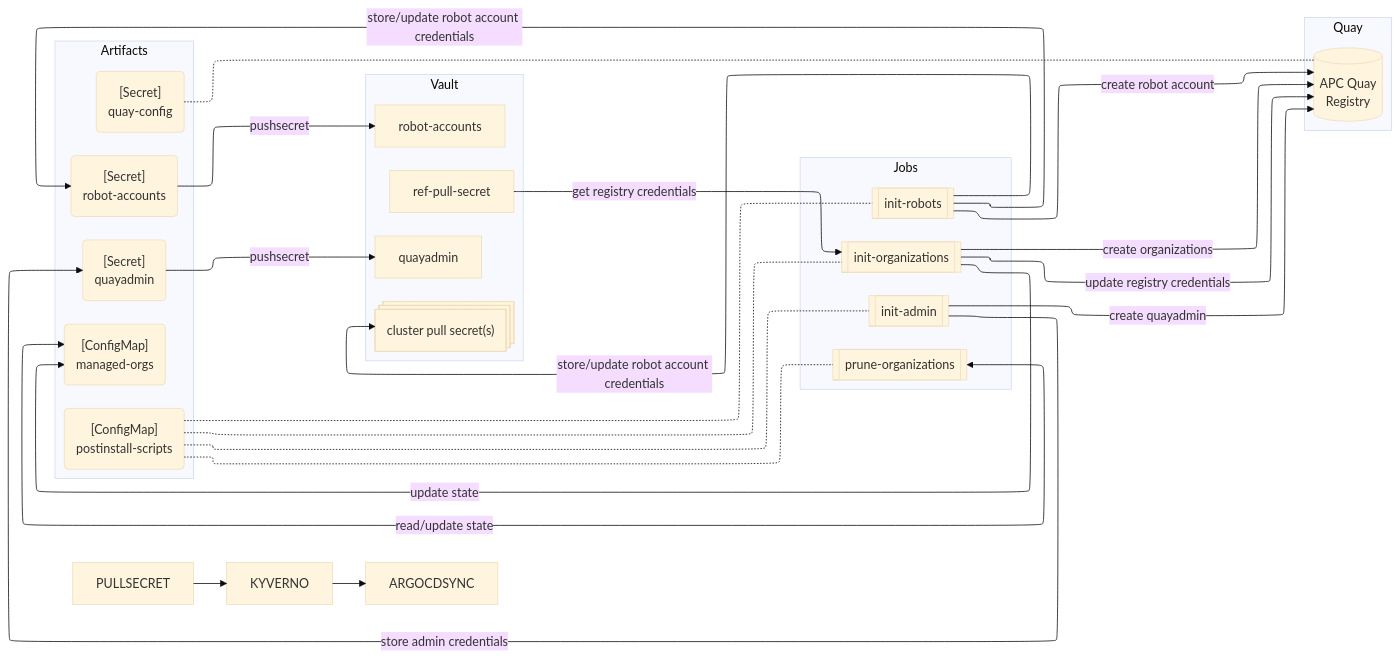
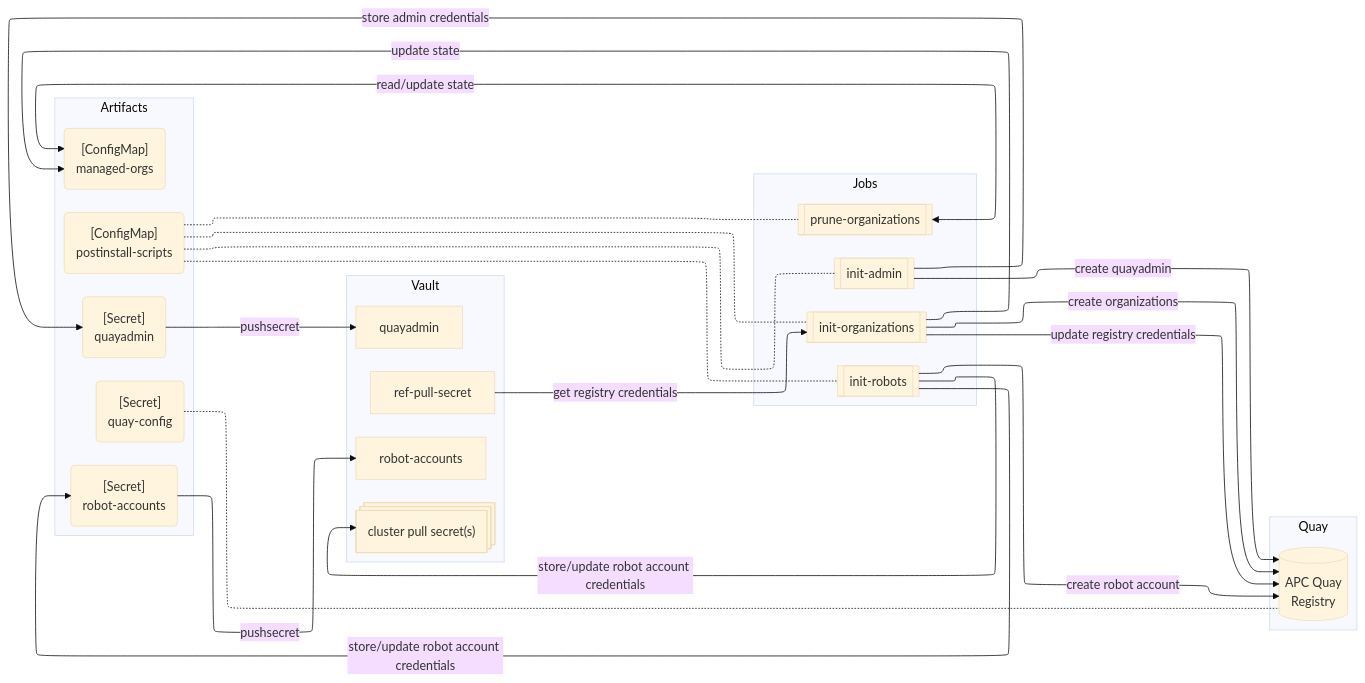
Before and after one commit to gr8it/charts-openshift: the diagram in charts/quay-config/README.md, drawn with Mermaid. The commit also changed other lines of this file, not shown here.

````diff
--- a/charts/quay-config/README.md
+++ b/charts/quay-config/README.md
@@ -5,59 +5,55 @@
 ```mermaid
 %%{init: {
-  'theme':'base',
+  "theme":"base",
   "flowchart": {"defaultRenderer": "elk"}
   }
 }%%
 
 flowchart LR
 
   subgraph 1[Quay]
     quay-registry[(APC Quay<br>Registry)]
   end
 
   subgraph 2[Jobs]
     job-admin[[init-admin]]
     job-org[[init-organizations]]
     job-prune[[prune-organizations]]
     job-robot[[init-robots]]
   end
 
   subgraph 3[Artifacts]
     quay-config("[Secret]<br>quay-config")
     quayadmin-secret("[Secret]<br>quayadmin")
     robot-accounts-secret("[Secret]<br>robot-accounts")
     postinstall-scripts("[ConfigMap]<br>postinstall-scripts")
     managed-orgs("[ConfigMap]<br>managed-orgs")
   end
 
   subgraph 4[Vault]
     ref-pull-secret
     cluster-pull-secrets@{ shape: procs, label: "cluster pull secret(s)"}
     quayadmin
     robot-accounts
   end
 
 quay-config -.- quay-registry
 postinstall-scripts -.- job-admin
 postinstall-scripts -.- job-org
 postinstall-scripts -.- job-prune
 postinstall-scripts -.- job-robot
 
 job-prune <-- read/update state --> managed-orgs
 
 job-admin -- create quayadmin -->  quay-registry
 job-admin -- store admin credentials --> quayadmin-secret -- pushsecret --> quayadmin
 
 job-robot -- create robot account --> quay-registry
 job-robot -- store/update robot account credentials --> cluster-pull-secrets
 job-robot -- store/update robot account credentials --> robot-accounts-secret -- pushsecret --> robot-accounts
 
 job-org -- create organizations --> quay-registry
 ref-pull-secret -- get registry credentials --> job-org
 job-org -- update registry credentials --> quay-registry
 job-org -- update state --> managed-orgs
-
-
-PULLSECRET ---> KYVERNO ---> ARGOCDSYNC
-
 ```
````
